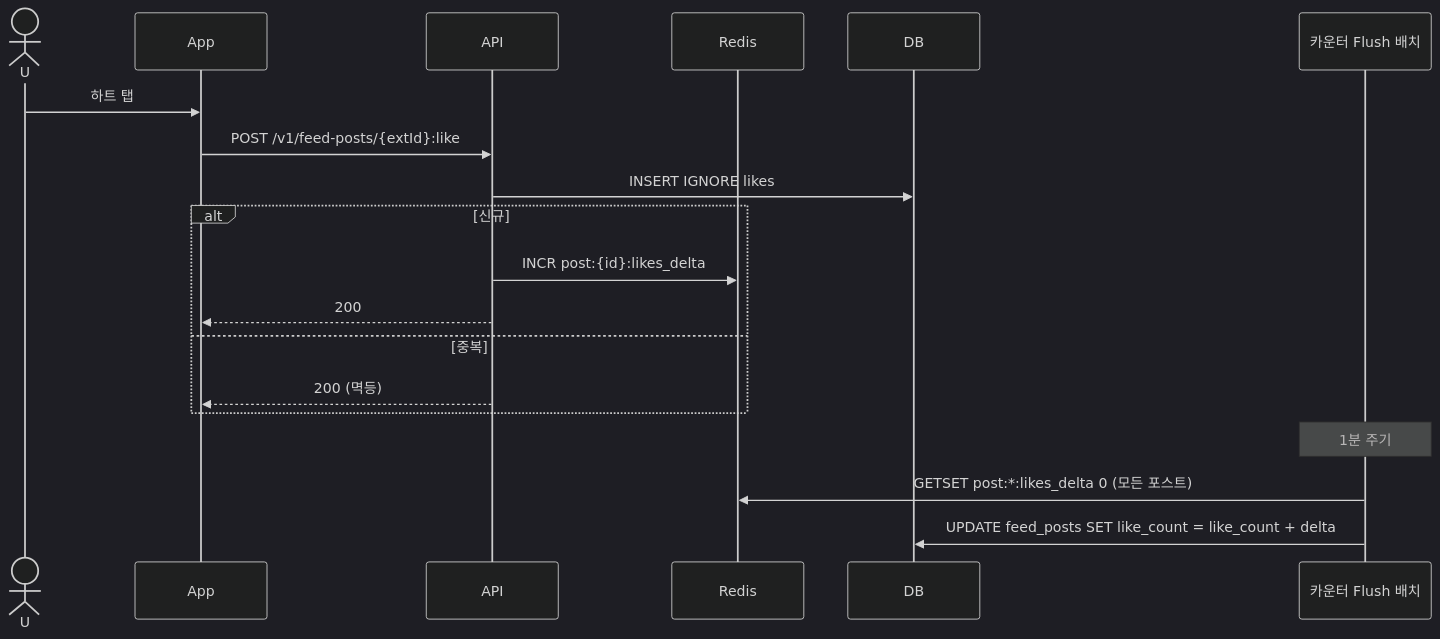
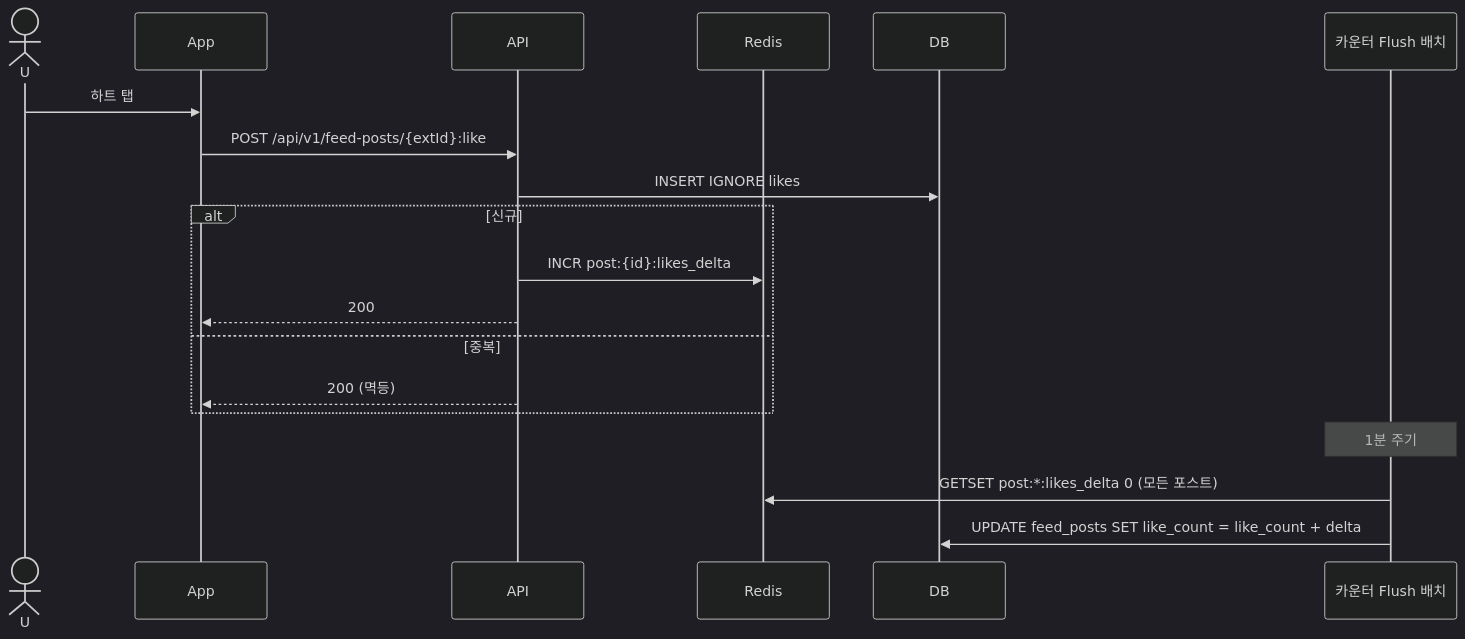
One commit to theo-ooooo/crimp changed the third of 4 diagrams in docs/설계/sequence/feed.md. Above: the diagram before and after it, drawn with Mermaid (dark theme). The commit also changed other lines of this file and 5 other files, not shown here.

````diff
--- a/docs/설계/sequence/feed.md
+++ b/docs/설계/sequence/feed.md
@@ -63,23 +63,23 @@
 ```mermaid
 sequenceDiagram
     actor U
     participant App
     participant API
     participant Redis
     participant DB
     participant Batch as 카운터 Flush 배치
 
     U->>App: 하트 탭
-    App->>API: POST /v1/feed-posts/{extId}:like
+    App->>API: POST /api/v1/feed-posts/{extId}:like
     API->>DB: INSERT IGNORE likes
     alt 신규
         API->>Redis: INCR post:{id}:likes_delta
         API-->>App: 200
     else 중복
         API-->>App: 200 (멱등)
     end
 
     Note over Batch: 1분 주기
     Batch->>Redis: GETSET post:*:likes_delta 0 (모든 포스트)
     Batch->>DB: UPDATE feed_posts SET like_count = like_count + delta
 ```
````
